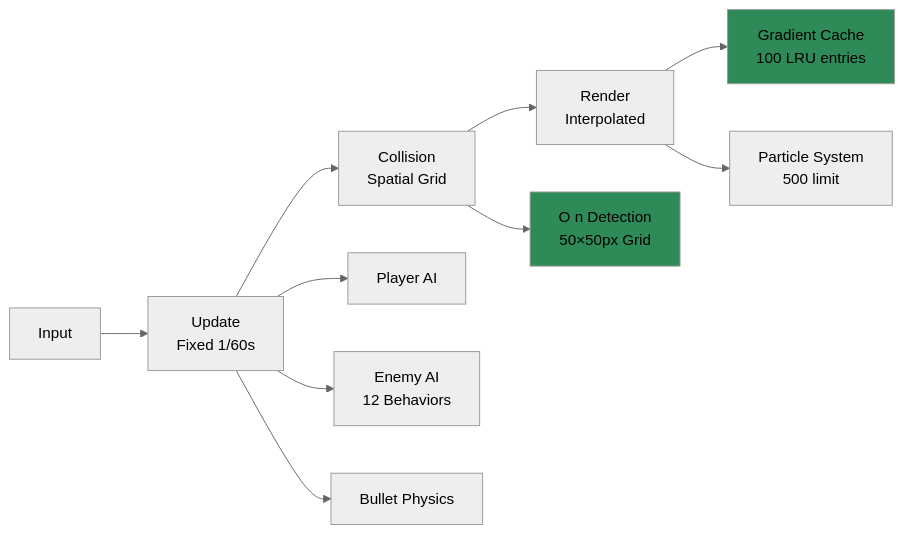
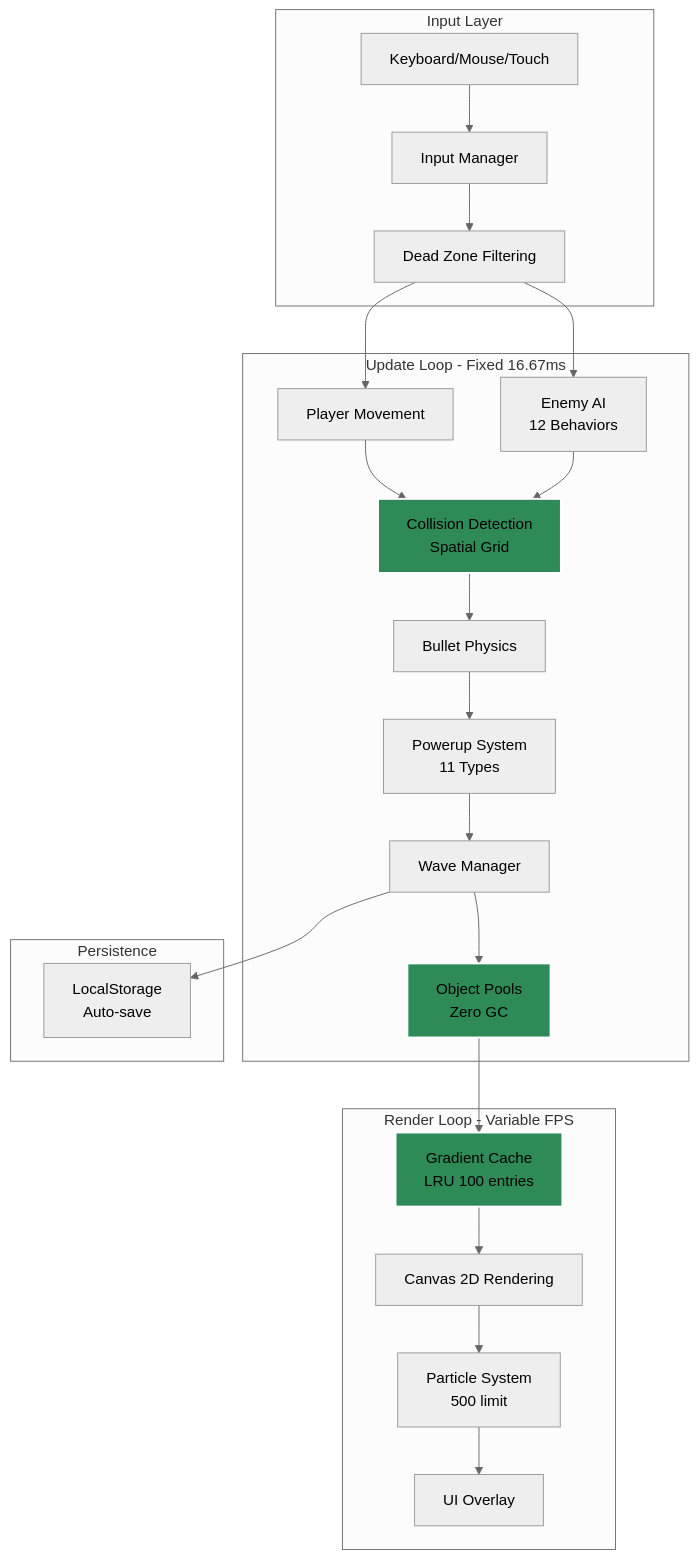
Before and after one commit to Zacsluss/crystal_blitz: the first of 5 diagrams in README.md, drawn with Mermaid (neutral theme). The commit also changed other lines of this file, not shown here.

````diff
--- a/README.md
+++ b/README.md
@@ -155,18 +197,33 @@
 ```mermaid
-graph LR
-    A[Input] --> B[Update<br/>Fixed 1/60s]
-    B --> C[Collision<br/>Spatial Grid]
-    C --> D[Render<br/>Interpolated]
+graph TB
+    subgraph Input Layer
+        A[Keyboard/Mouse/Touch] --> B[Input Manager]
+        B --> C[Dead Zone Filtering]
+    end
 
-    B --> E[Player AI]
-    B --> F[Enemy AI<br/>12 Behaviors]
-    B --> G[Bullet Physics]
+    subgraph Update Loop - Fixed 16.67ms
+        C --> D[Player Movement]
+        C --> E[Enemy AI<br/>12 Behaviors]
+        D --> F[Collision Detection<br/>Spatial Grid]
+        E --> F
+        F --> G[Bullet Physics]
+        G --> H[Powerup System<br/>11 Types]
+        H --> I[Wave Manager]
+        I --> J[Object Pools<br/>Zero GC]
+    end
 
-    C --> H[O n Detection<br/>50×50px Grid]
+    subgraph Render Loop - Variable FPS
+        J --> K[Gradient Cache<br/>LRU 100 entries]
+        K --> L[Canvas 2D Rendering]
+        L --> M[Particle System<br/>500 limit]
+        M --> N[UI Overlay]
+    end
 
-    D --> I[Gradient Cache<br/>100 LRU entries]
-    D --> J[Particle System<br/>500 limit]
+    subgraph Persistence
+        I --> O[LocalStorage<br/>Auto-save]
+    end
 
-    style H fill:#2e8b57
-    style I fill:#2e8b57
+    style F fill:#2e8b57,stroke:#fff,stroke-width:2px
+    style J fill:#2e8b57,stroke:#fff,stroke-width:2px
+    style K fill:#2e8b57,stroke:#fff,stroke-width:2px
 ```
````
